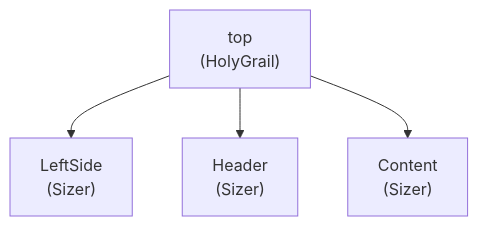
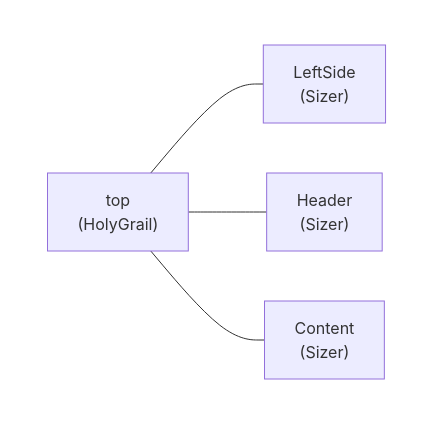
Before and after one commit to rexrainbow/phaser3-rex-playground: the first of 4 diagrams in projects/atlas-packer/readme.md, drawn with Mermaid. The commit also changed other lines of this file, not shown here.

Commit message:
Try to add model in diagram

````diff
--- a/projects/atlas-packer/readme.md
+++ b/projects/atlas-packer/readme.md
@@ -15,8 +15,14 @@
 ```mermaid
 graph TD
 
-Top["top<br>(HolyGrail)"]
-Top --> LeftSidePanel["LeftSide<br>(Sizer)"]
-Top --> HeaderPanel["Header<br>(Sizer)"]
-Top --> ContentPanel["Content<br>(Sizer)"]
+subgraph ui
+  Top["top<br>(HolyGrail)"]
+  Top --- LeftSidePanel["LeftSide<br>(Sizer)"]
+  Top --- HeaderPanel["Header<br>(Sizer)"]
+  Top --- ContentPanel["Content<br>(Sizer)"]
+end
+
+style ui color:transparent
+style ui fill:transparent
+style ui stroke:transparent
 ```
````
